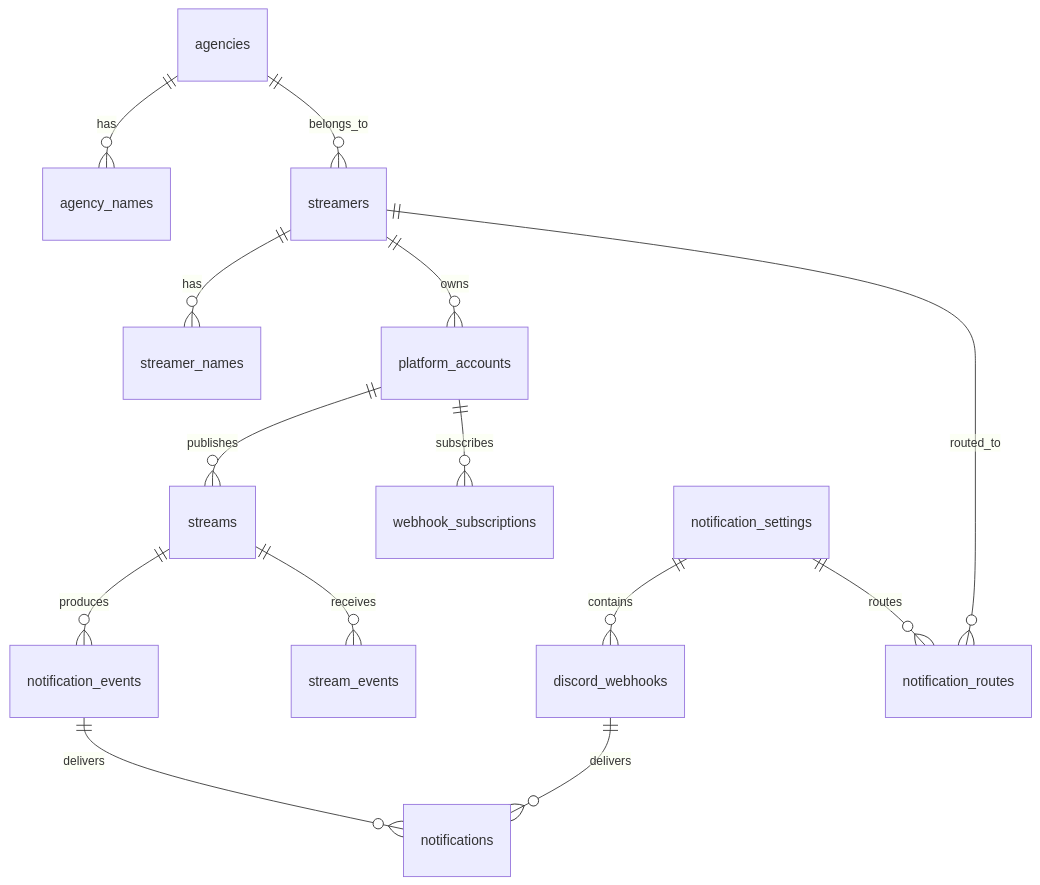
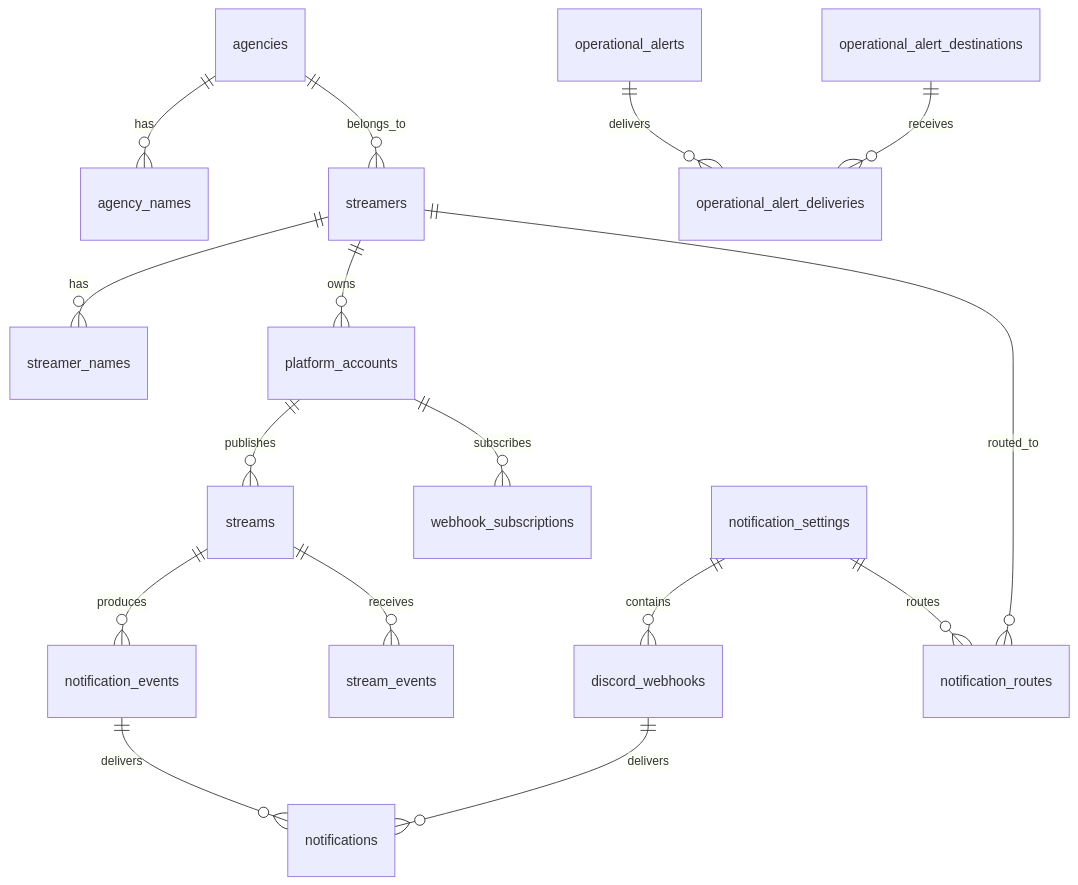
One commit to hrkz777/StreamNotifyBot changed the diagram in Documents/データ設計書.md. Above: the diagram before and after it, drawn with Mermaid. The commit also changed other lines of this file and 3 other files, not shown here.

````diff
--- a/Documents/データ設計書.md
+++ b/Documents/データ設計書.md
@@ -22,16 +22,18 @@
 ```mermaid
 erDiagram
     notification_settings ||--o{ discord_webhooks : contains
     agencies ||--o{ agency_names : has
     agencies ||--o{ streamers : belongs_to
     streamers ||--o{ streamer_names : has
     streamers ||--o{ platform_accounts : owns
     platform_accounts ||--o{ webhook_subscriptions : subscribes
     platform_accounts ||--o{ streams : publishes
     streams ||--o{ stream_events : receives
     streams ||--o{ notification_events : produces
     notification_events ||--o{ notifications : delivers
     discord_webhooks ||--o{ notifications : delivers
     notification_settings ||--o{ notification_routes : routes
     streamers ||--o{ notification_routes : routed_to
+    operational_alerts ||--o{ operational_alert_deliveries : delivers
+    operational_alert_destinations ||--o{ operational_alert_deliveries : receives
 ```
````
